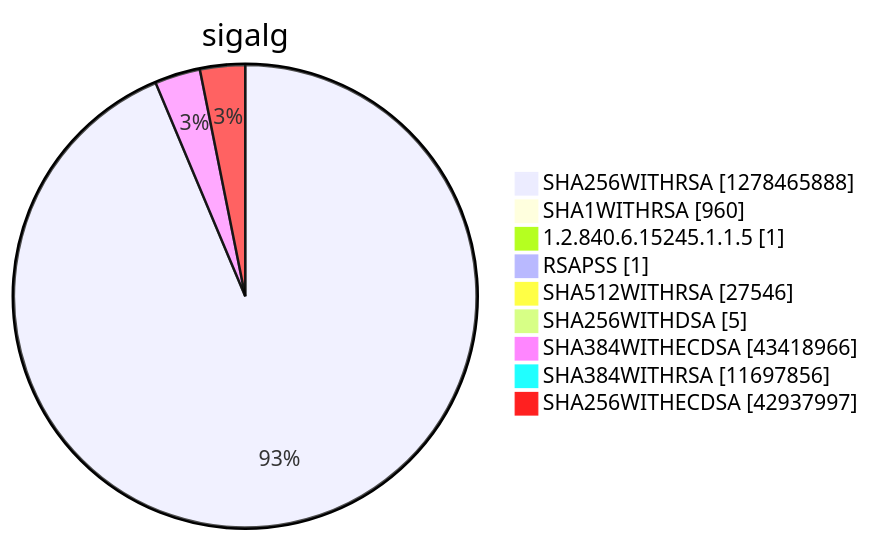
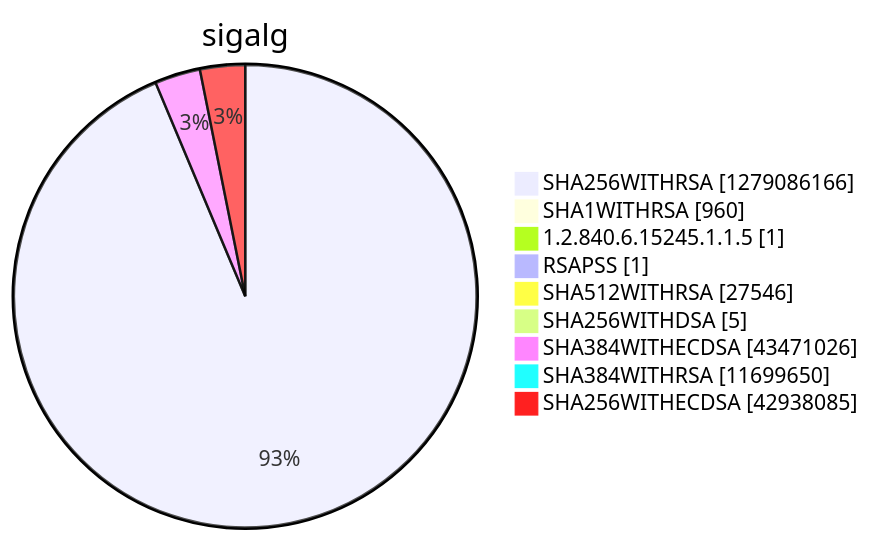
Diagram 15 of 15 in argon2022/README.md (christiankrug/ctmonitor_visualization), drawn with Mermaid before and after one commit. The commit also changed other lines of this file, not shown here.

````diff
--- a/argon2022/README.md
+++ b/argon2022/README.md
@@ -5522,13 +5522,13 @@
 ```mermaid
 pie showData
 title sigalg
-"SHA256WITHRSA" :1278465888
+"SHA256WITHRSA" :1279086166
 "SHA1WITHRSA" :960
 "1.2.840.6.15245.1.1.5" :1
 "RSAPSS" :1
 "SHA512WITHRSA" :27546
 "SHA256WITHDSA" :5
-"SHA384WITHECDSA" :43418966
-"SHA384WITHRSA" :11697856
-"SHA256WITHECDSA" :42937997
+"SHA384WITHECDSA" :43471026
+"SHA384WITHRSA" :11699650
+"SHA256WITHECDSA" :42938085
 ```
````
